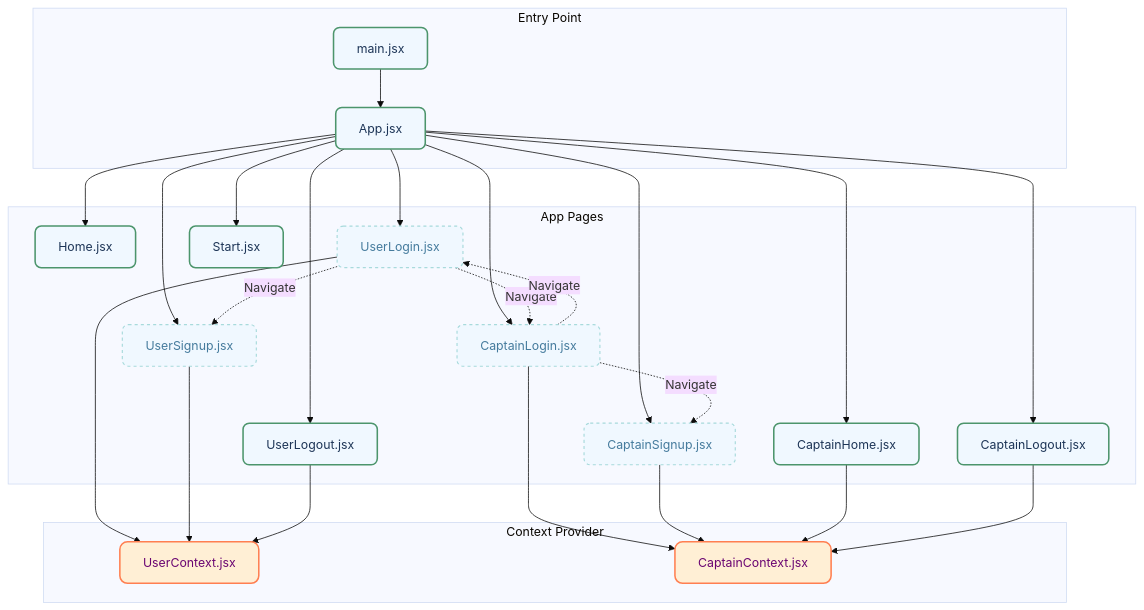
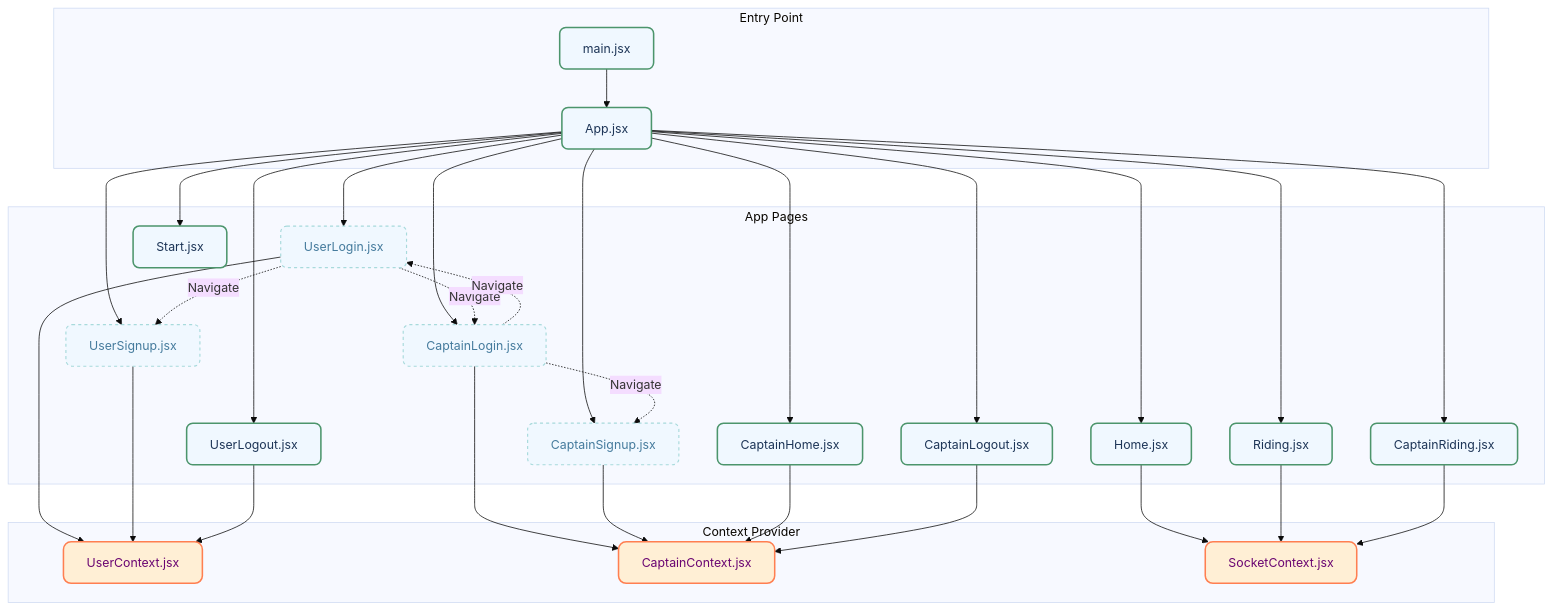
Before and after one commit to Harman8815/UBER_Clone: the diagram in client/docs.md, drawn with Mermaid (base theme). The commit also changed other lines of this file and 29 other files, not shown here.

````diff
--- a/client/docs.md
+++ b/client/docs.md
@@ -140,46 +173,52 @@
 ```mermaid
 flowchart TD
     %% Class Definitions
     classDef page fill:#F0F8FF,stroke:#4C956C,stroke-width:2px,color:#1D3557,rx:8,ry:8;
     classDef context fill:#FFEFD5,stroke:#FF7F51,stroke-width:2px,color:#6A0572,rx:10,ry:10;
     classDef navigation stroke-dasharray:4 4,stroke:#A8DADC,color:#457B9D,stroke-width:1.5px;
 
     %% Main Structure
     subgraph Entry[Entry Point]
         A[main.jsx]:::page
         A --> B[App.jsx]:::page
     end
 
     subgraph Pages[App Pages]
         B --> C[Home.jsx]:::page
         B --> D[UserLogin.jsx]:::page
         B --> E[UserSignup.jsx]:::page
         B --> F[CaptainLogin.jsx]:::page
         B --> G[CaptainSignup.jsx]:::page
         B --> H[CaptainHome.jsx]:::page
         B --> I[CaptainLogout.jsx]:::page
         B --> J[UserLogout.jsx]:::page
         B --> K[Start.jsx]:::page
+        B --> L[Riding.jsx]:::page
+        B --> M[CaptainRiding.jsx]:::page
     end
 
     subgraph Context[Context Provider]
-        L[UserContext.jsx]:::context
-        M[CaptainContext.jsx]:::context
+        N[UserContext.jsx]:::context
+        O[CaptainContext.jsx]:::context
+        P[SocketContext.jsx]:::context
     end
 
     %% Context Connections
-    D --> L
-    E --> L
-    F --> M
-    G --> M
-    H --> M
-    I --> M
-    J --> L
+    D --> N
+    E --> N
+    F --> O
+    G --> O
+    H --> O
+    I --> O
+    J --> N
+    C --> P
+    L --> P
+    M --> P
 
     %% Navigation Paths
     D -.->|Navigate| E:::navigation
     D -.->|Navigate| F:::navigation
     F -.->|Navigate| G:::navigation
     F -.->|Navigate| D:::navigation
 
 ```
````
